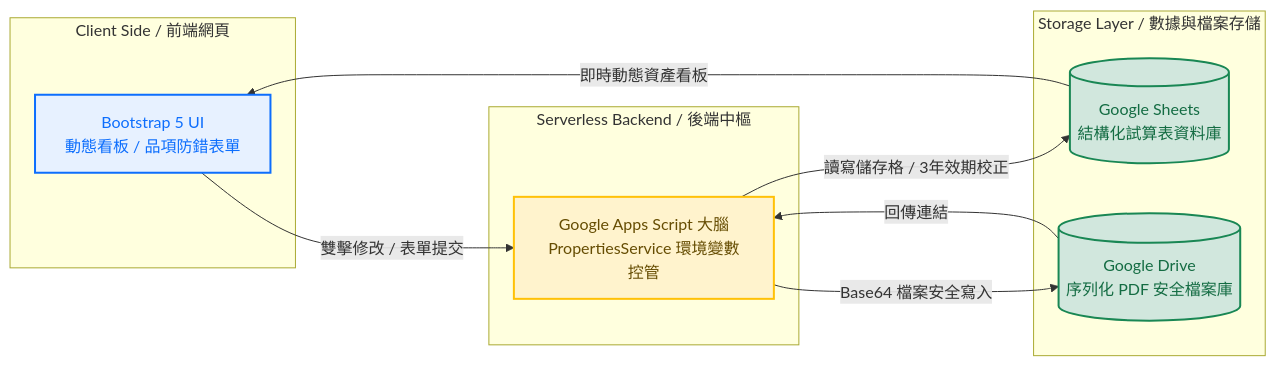
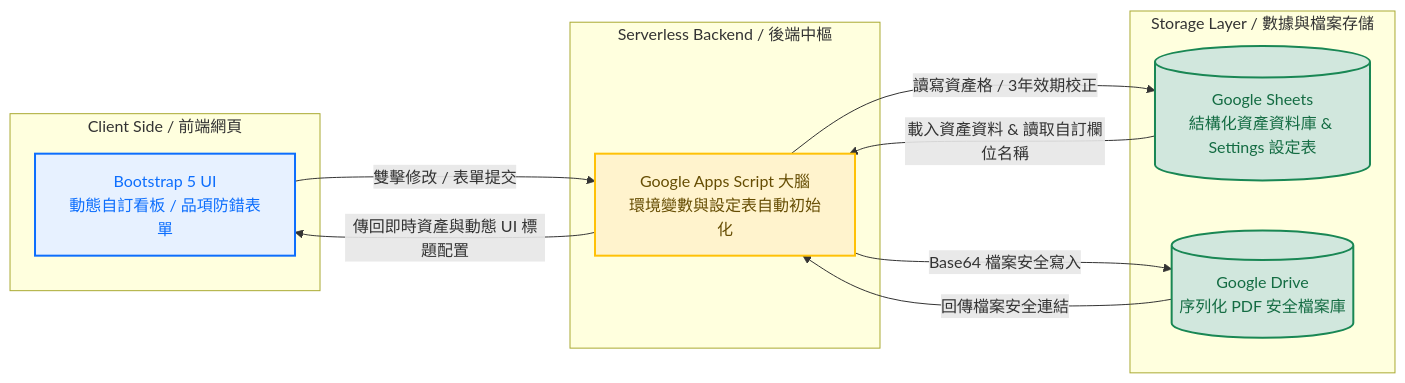
The diagram in README.md (jychen74/Lab-SDS-Expiration-Tracker), drawn with Mermaid before and after one commit. The commit also changed other lines of this file, not shown here.

````diff
--- a/README.md
+++ b/README.md
@@ -15,26 +15,26 @@
 ```mermaid
 graph LR
     classDef client fill:#e7f1ff,stroke:#0d6efd,stroke-width:2px,color:#0d6efd;
     classDef gas fill:#fff3cd,stroke:#ffc107,stroke-width:2px,color:#664d03;
     classDef storage fill:#d1e7dd,stroke:#198754,stroke-width:2px,color:#146c43;
 
     subgraph Client Side / 前端網頁
-        UI[Bootstrap 5 UI<br>動態看板 / 品項防錯表單]:::client
+        UI[Bootstrap 5 UI<br>動態自訂看板 / 品項防錯表單]:::client
     end
 
     subgraph Serverless Backend / 後端中樞
-        GAS[Google Apps Script 大腦<br>PropertiesService 環境變數控管]:::gas
+        GAS[Google Apps Script 大腦<br>環境變數與設定表自動初始化]:::gas
     end
 
     subgraph Storage Layer / 數據與檔案存儲
-        Sheet[(Google Sheets<br>結構化試算表資料庫)]:::storage
+        Sheet[(Google Sheets<br>結構化資產資料庫 & Settings 設定表)]:::storage
         Drive[(Google Drive<br>序列化 PDF 安全檔案庫)]:::storage
     end
 
     UI -->|雙擊修改 / 表單提交| GAS
-    GAS -->|讀寫儲存格 / 3年效期校正| Sheet
+    GAS -->|讀寫資產格 / 3年效期校正| Sheet
     GAS -->|Base64 檔案安全寫入| Drive
-    Drive -->|回傳連結| GAS
-    Sheet -->|即時動態資產看板| UI
-
+    Drive -->|回傳檔案安全連結| GAS
+    Sheet -->|載入資產資料 & 讀取自訂欄位名稱| GAS
+    GAS -->|傳回即時資產與動態 UI 標題配置| UI
 ```
````
